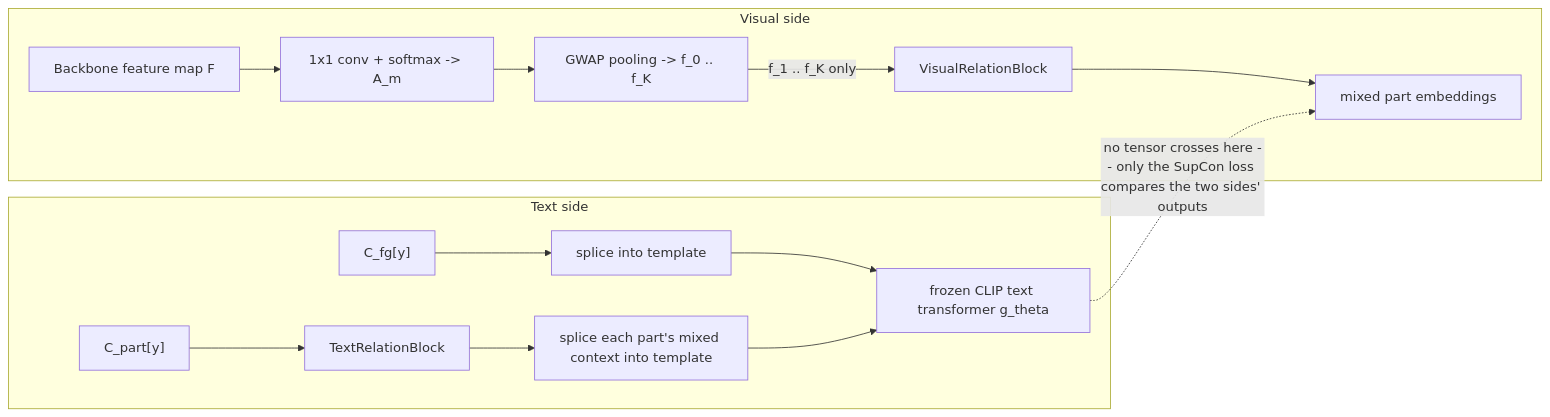
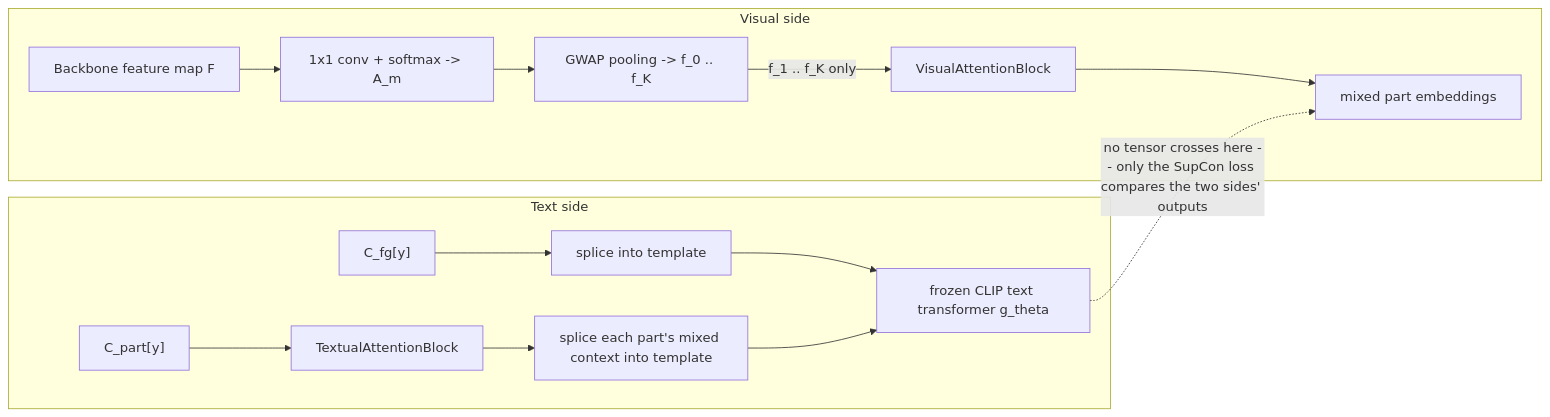
One commit to lakshchawla/pose_based_clip_reid changed the diagram in METHODOLOGY.md. Above: the diagram before and after it, drawn with Mermaid. The commit also changed other lines of this file and 16 other files, not shown here.

First line of the commit message:
Rename VisualRelationBlock/TextRelationBlock to VisualAttentionBlock/TextualAttentionBlock; vendor clip/torchreid via setup.py; fix stage1 dim_reduce_output

````diff
--- a/METHODOLOGY.md
+++ b/METHODOLOGY.md
@@ -222,17 +222,17 @@
 ```mermaid
 flowchart LR
     subgraph Visual side
         F["Backbone feature map F"] --> S["1x1 conv + softmax -> A_m"]
         S --> GWAP["GWAP pooling -> f_0 .. f_K"]
-        GWAP -- "f_1 .. f_K only" --> VRB["VisualRelationBlock"]
-        VRB --> Ftilde["mixed part embeddings"]
+        GWAP -- "f_1 .. f_K only" --> VAB["VisualAttentionBlock"]
+        VAB --> Ftilde["mixed part embeddings"]
     end
     subgraph Text side
         Cfg["C_fg[y]"] --> Splice0["splice into template"]
-        Cpart["C_part[y]"] --> TRB["TextRelationBlock"]
-        TRB --> SpliceM["splice each part's mixed context into template"]
+        Cpart["C_part[y]"] --> TAB["TextualAttentionBlock"]
+        TAB --> SpliceM["splice each part's mixed context into template"]
         Splice0 --> GTheta["frozen CLIP text transformer g_theta"]
         SpliceM --> GTheta
     end
     GTheta -.->|"no tensor crosses here -- only the SupCon loss compares the two sides' outputs"| Ftilde
 ```
````
